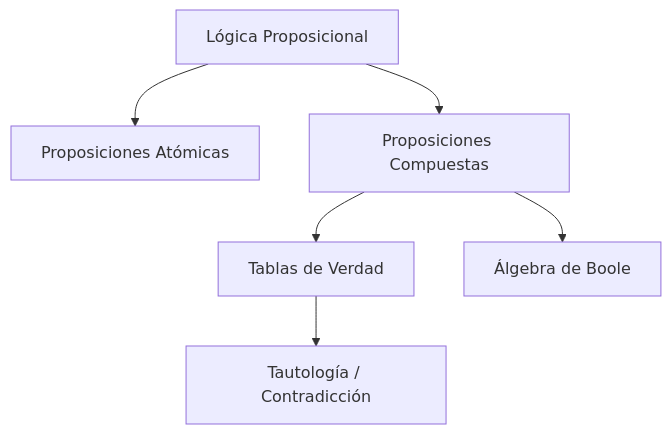
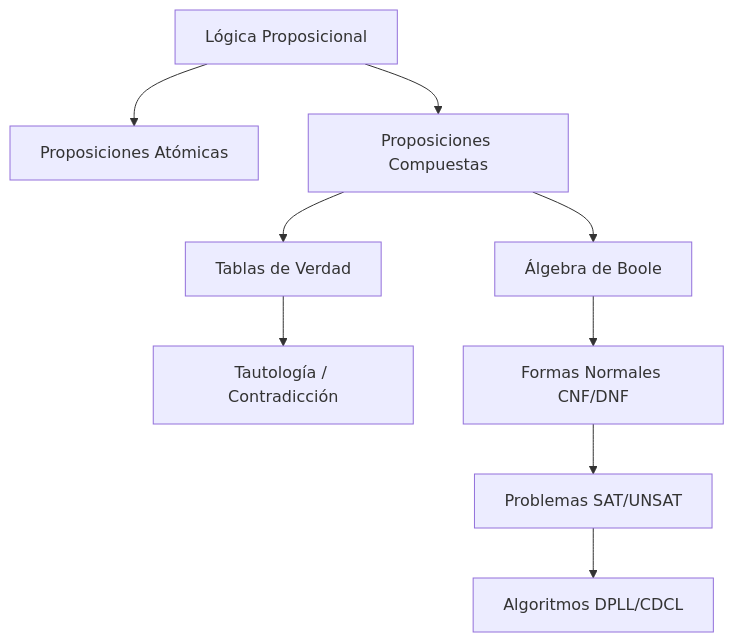
One commit to David-Varg/My-Obsidian changed the first of 2 diagrams in Estudios/10_MATEMATICAS/02. Lógica Proposicional.md. Above: the diagram before and after it, drawn with Mermaid. The commit also changed other lines of this file and 3 other files, not shown here.

````diff
--- a/Estudios/10_MATEMATICAS/02. Lógica Proposicional.md
+++ b/Estudios/10_MATEMATICAS/02. Lógica Proposicional.md
@@ -74,8 +254,11 @@
 ```mermaid
 flowchart TD
     A[Lógica Proposicional] --> B[Proposiciones Atómicas]
     A --> C[Proposiciones Compuestas]
     C --> D[Tablas de Verdad]
     C --> E[Álgebra de Boole]
     D --> F[Tautología / Contradicción]
+    E --> G[Formas Normales CNF/DNF]
+    G --> H[Problemas SAT/UNSAT]
+    H --> I[Algoritmos DPLL/CDCL]
 ```
````
